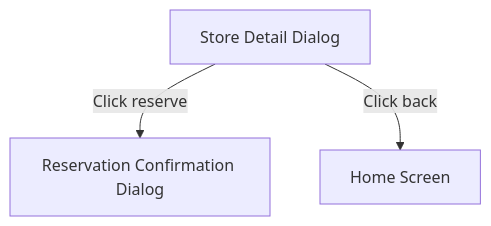
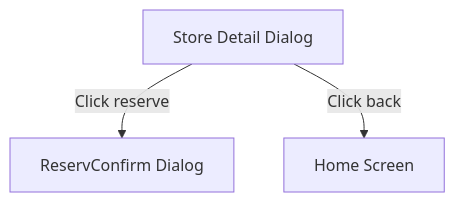
Before and after one commit to vanakenm/hyf-frontend-template: the second of 6 diagrams in planning/ConceptInterfaces.md, drawn with Mermaid. The commit also changed other lines of this file, not shown here.

Commit message:
diagram3

````diff
--- a/planning/ConceptInterfaces.md
+++ b/planning/ConceptInterfaces.md
@@ -32,5 +32,5 @@
 ```mermaid
 graph TD
-    A[Store Detail Dialog] -->|Click reserve| B[ Reservation Confirmation Dialog]
+    A[Store Detail Dialog] -->|Click reserve| B[ ReservConfirm Dialog]
     A -->|Click back| C[Home Screen]
 ```
````
